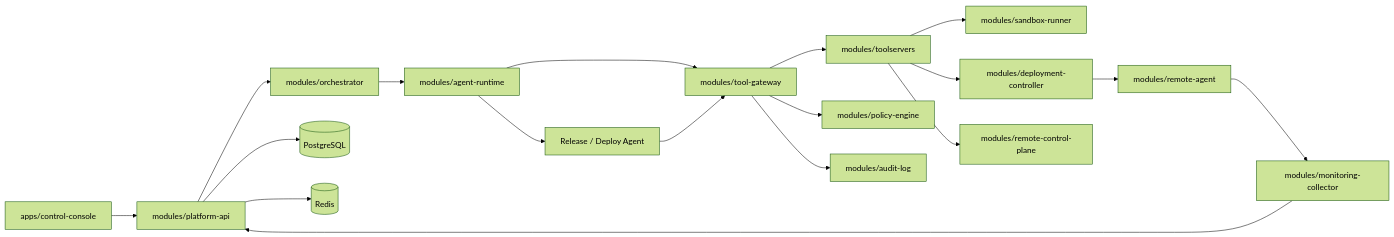
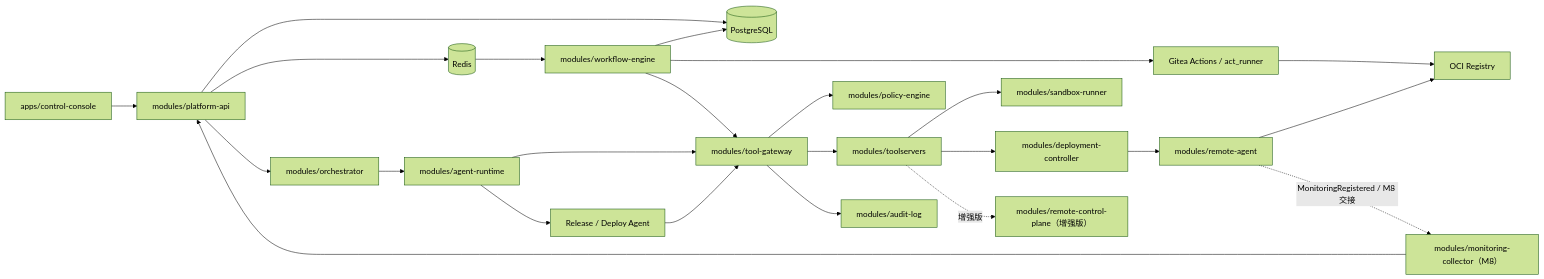
The diagram in docs/15-detailed-design/01-module-contracts.md (ChaceQC/CloudHelm), drawn with Mermaid (forest theme) before and after one commit. The commit also changed other lines of this file and 36 other files, not shown here.

````diff
--- a/docs/15-detailed-design/01-module-contracts.md
+++ b/docs/15-detailed-design/01-module-contracts.md
@@ -8,37 +8,46 @@
 ```mermaid
 flowchart LR
     Console["apps/control-console"]
     API["modules/platform-api"]
     Orchestrator["modules/orchestrator"]
+    Workflow["modules/workflow-engine"]
     Runtime["modules/agent-runtime"]
     Gateway["modules/tool-gateway"]
     Tools["modules/toolservers"]
     Sandbox["modules/sandbox-runner"]
     ReleaseAgent["Release / Deploy Agent"]
     Deploy["modules/deployment-controller"]
-    RemotePlane["modules/remote-control-plane"]
+    RemotePlane["modules/remote-control-plane（增强版）"]
     RemoteAgent["modules/remote-agent"]
-    Monitor["modules/monitoring-collector"]
+    Monitor["modules/monitoring-collector（M8）"]
     Policy["modules/policy-engine"]
     Audit["modules/audit-log"]
+    CI["Gitea Actions / act_runner"]
+    Registry["OCI Registry"]
     DB[("PostgreSQL")]
     Redis[("Redis")]
 
     Console --> API
     API --> DB
     API --> Redis
     API --> Orchestrator
+    Redis --> Workflow
+    Workflow --> DB
+    Workflow --> CI
+    Workflow --> Gateway
+    CI --> Registry
     Orchestrator --> Runtime
     Runtime --> Gateway
     Gateway --> Policy
     Gateway --> Tools
     Gateway --> Audit
     Tools --> Sandbox
     Tools --> Deploy
-    Tools --> RemotePlane
+    Tools -. "增强版" .-> RemotePlane
     Runtime --> ReleaseAgent
     ReleaseAgent --> Gateway
     Deploy --> RemoteAgent
-    RemoteAgent --> Monitor
+    RemoteAgent --> Registry
+    RemoteAgent -. "MonitoringRegistered / M8 交接" .-> Monitor
     Monitor --> API
 ```
````
